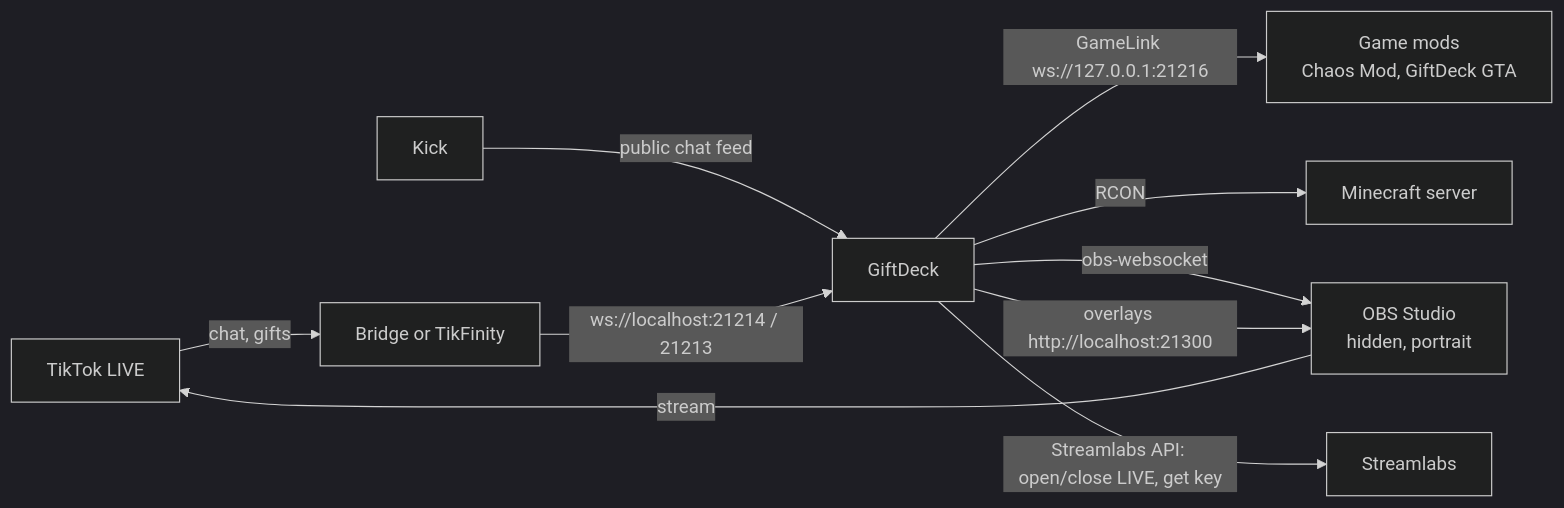
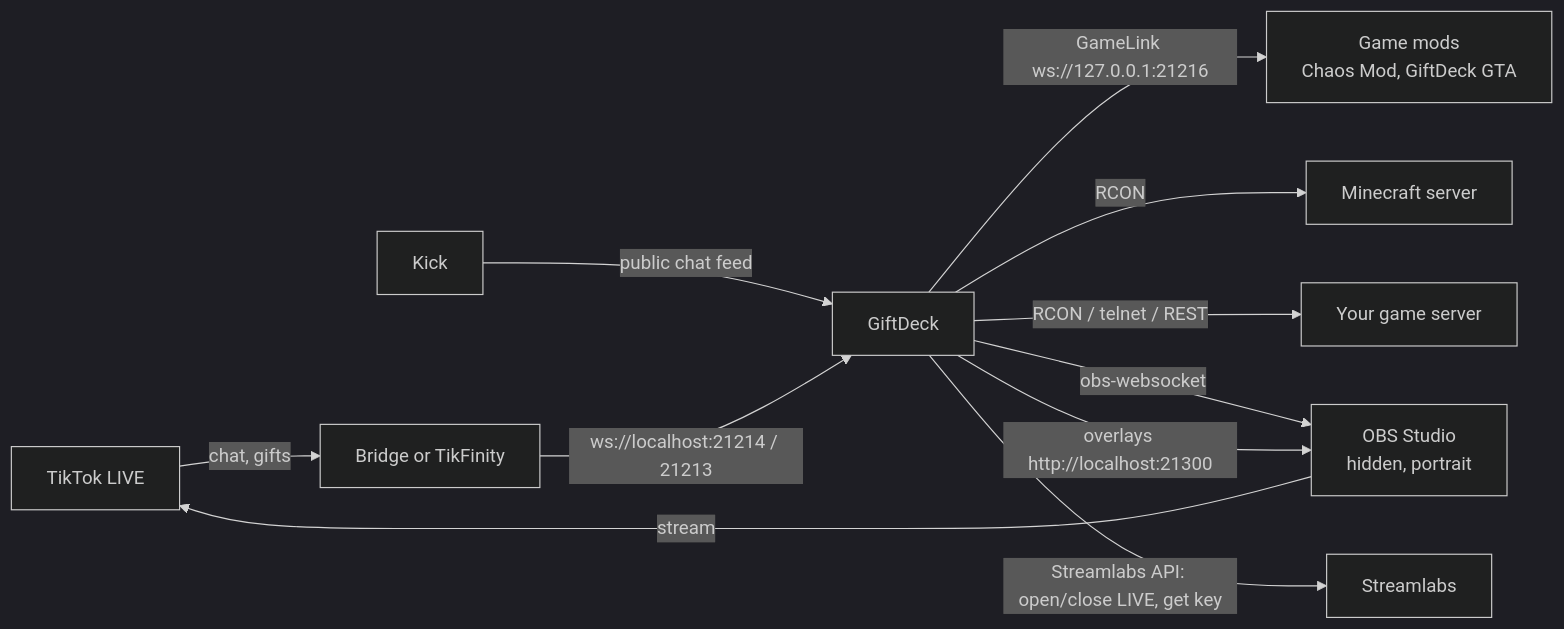
Before and after one commit to Obiwayne/GiftDeck: the diagram in README.md, drawn with Mermaid (dark theme). The commit also changed other lines of this file and 3 other files, not shown here.

````diff
--- a/README.md
+++ b/README.md
@@ -304,12 +350,13 @@
 ```mermaid
 flowchart LR
     TT[TikTok LIVE] -- chat, gifts --> RD[Bridge or TikFinity]
     KK[Kick] -- public chat feed --> GD
     RD -- ws://localhost:21214 / 21213 --> GD[GiftDeck]
     GD -- GameLink ws://127.0.0.1:21216 --> MODS[Game mods<br/>Chaos Mod, GiftDeck GTA]
     GD -- RCON --> MC[Minecraft server]
+    GD -- RCON / telnet / REST --> SRV[Your game server]
     GD -- obs-websocket --> OBS[OBS Studio<br/>hidden, portrait]
     GD -- overlays http://localhost:21300 --> OBS
     GD -- Streamlabs API: open/close LIVE, get key --> SL[Streamlabs]
     OBS -- stream --> TT
 ```
````
